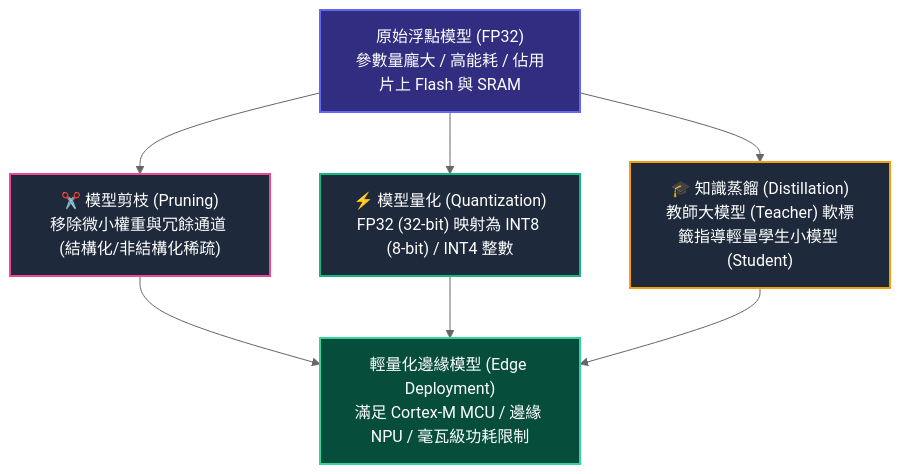
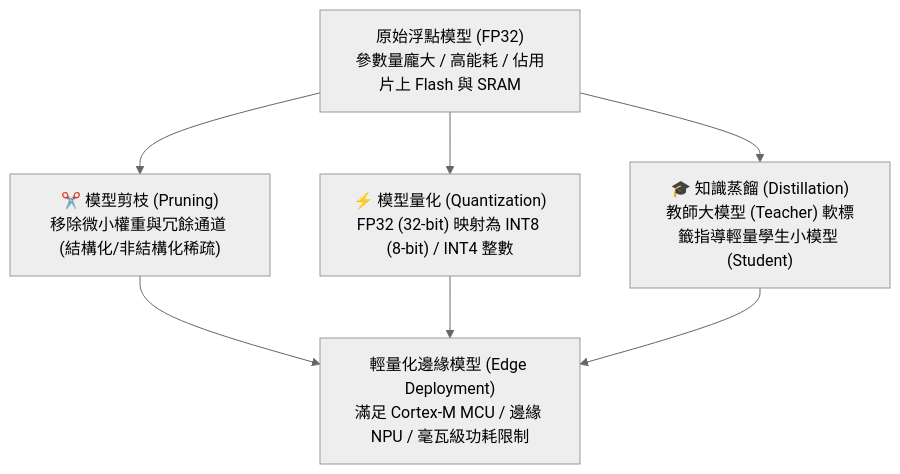
One commit to ta-lang/iPAS_Test changed the second of 3 diagrams in notes/aiot/s1_AIoT基礎概論/L111_AI基礎知識與應用.md. Above: the diagram before and after it, drawn with Mermaid (neutral theme). The commit also changed other lines of this file and 16 other files, not shown here.

Commit message:
fix(mermaid): remove hardcoded styles, add high-contrast theme CSS, and forbid color styling in SOP

````diff
--- a/notes/aiot/s1_AIoT基礎概論/L111_AI基礎知識與應用.md
+++ b/notes/aiot/s1_AIoT基礎概論/L111_AI基礎知識與應用.md
@@ -72,16 +66,11 @@
 ```mermaid
 flowchart TD
     FP["原始浮點模型 (FP32)<br>參數量龐大 / 高能耗 / 佔用片上 Flash 與 SRAM"] --> P["✂️ 模型剪枝 (Pruning)<br>移除微小權重與冗餘通道 (結構化/非結構化稀疏)"]
     FP --> Q["⚡ 模型量化 (Quantization)<br>FP32 (32-bit) 映射為 INT8 (8-bit) / INT4 整數"]
     FP --> KD["🎓 知識蒸餾 (Distillation)<br>教師大模型 (Teacher) 軟標籤指導輕量學生小模型 (Student)"]
 
     P --> OUT["輕量化邊緣模型 (Edge Deployment)<br>滿足 Cortex-M MCU / 邊緣 NPU / 毫瓦級功耗限制"]
     Q --> OUT
     KD --> OUT
 
-    style FP fill:#312e81,stroke:#6366f1,stroke-width:2px,color:#fff
-    style P fill:#1e293b,stroke:#ec4899,stroke-width:2px,color:#fff
-    style Q fill:#1e293b,stroke:#10b981,stroke-width:2px,color:#fff
-    style KD fill:#1e293b,stroke:#f59e0b,stroke-width:2px,color:#fff
-    style OUT fill:#064e3b,stroke:#34d399,stroke-width:2px,color:#fff
 ```
````
